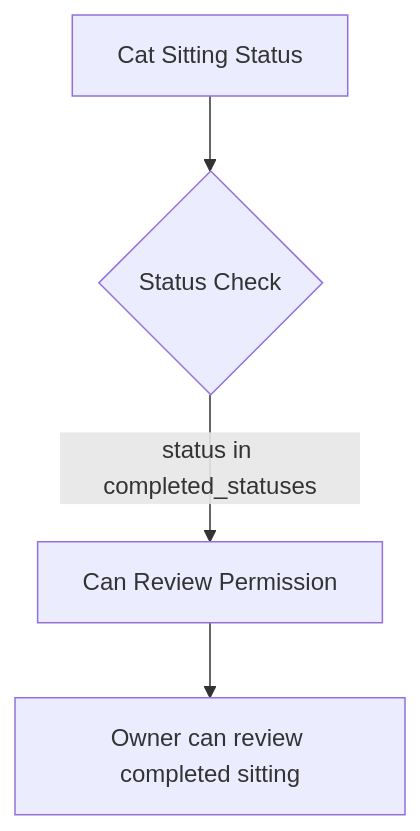
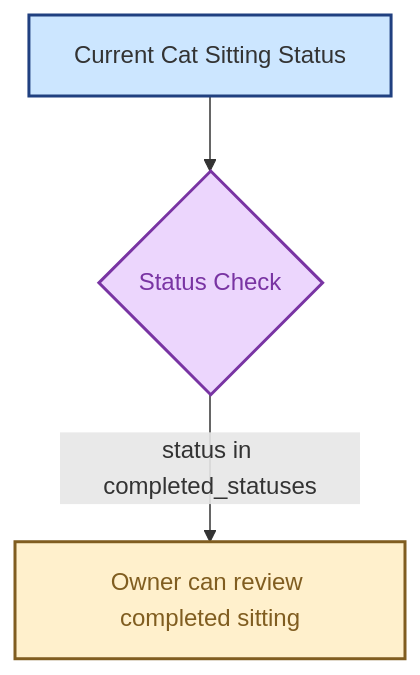
Before and after one commit to getlarge/purrfect-sitter: the fourth of 7 diagrams in docs/articles/how-to-protect-your-api-with-openfga/openfga-authorization-diagram.md, drawn with Mermaid. The commit also changed other lines of this file and 1 other file, not shown here.

Commit message:
docs: enhance OpenFGA authorization diagrams with improved clarity and class definitions

````diff
--- a/docs/articles/how-to-protect-your-api-with-openfga/openfga-authorization-diagram.md
+++ b/docs/articles/how-to-protect-your-api-with-openfga/openfga-authorization-diagram.md
@@ -116,17 +132,20 @@
 ```mermaid
 ---
 config:
   layout: dagre
   theme: mc
 ---
 flowchart TD
 
-    Status[Cat Sitting Status]
+    CatSittingStatus[Current Cat Sitting Status]:::status
 
-    %% Status-based conditions
-    Status --> StatusCheck{Status Check}
-    StatusCheck -->|status in completed_statuses| CanReview[Can Review Permission]
+    CatSittingStatus --> StatusCheck{Status Check}:::decision
+    StatusCheck -->|status in completed_statuses| ReviewPermission[Owner can review completed sitting]:::perm
 
-    %% Permissions granted
-    CanReview --> ReviewPermission[Owner can review completed sitting]
+    %% Category class definitions
+    classDef status fill:#cce6ff,stroke:#204080,stroke-width:2px,color:#204080;       %% light blue
+
+    classDef state fill:#caffd9,stroke:#21875d,stroke-width:2px,color:#21875d;
+    classDef decision fill:#ecd6fd,stroke:#7934a3,stroke-width:2px,color:#7934a3;
+    classDef perm fill:#fff0cc,stroke:#805d20,stroke-width:2px,color:#805d20;
 ```
````
